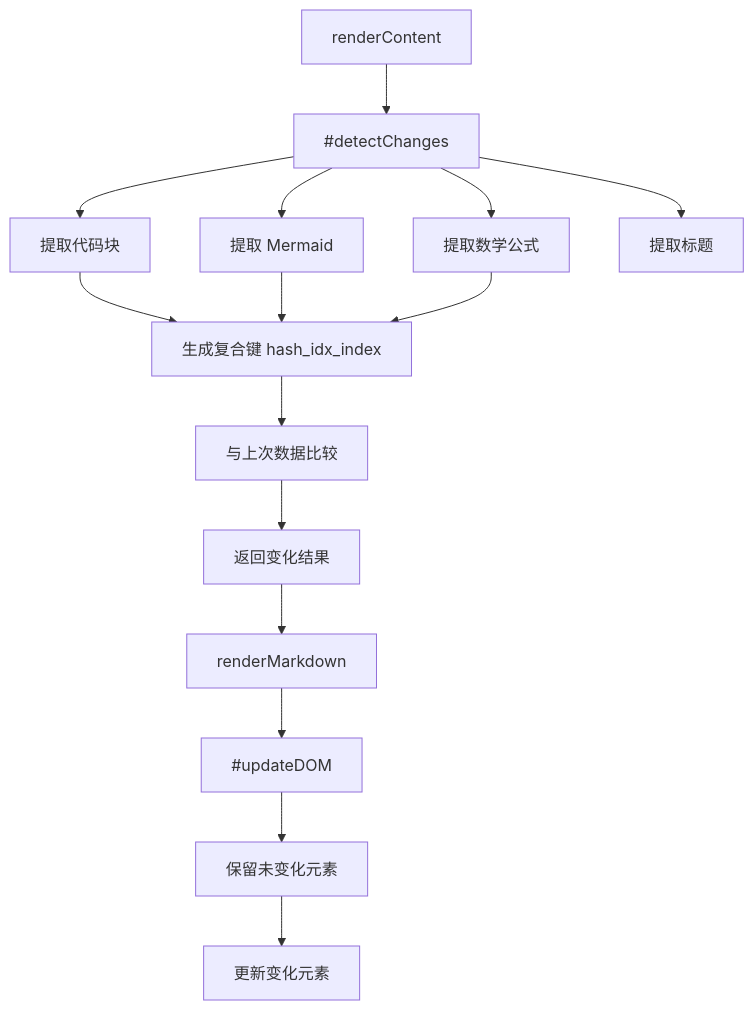
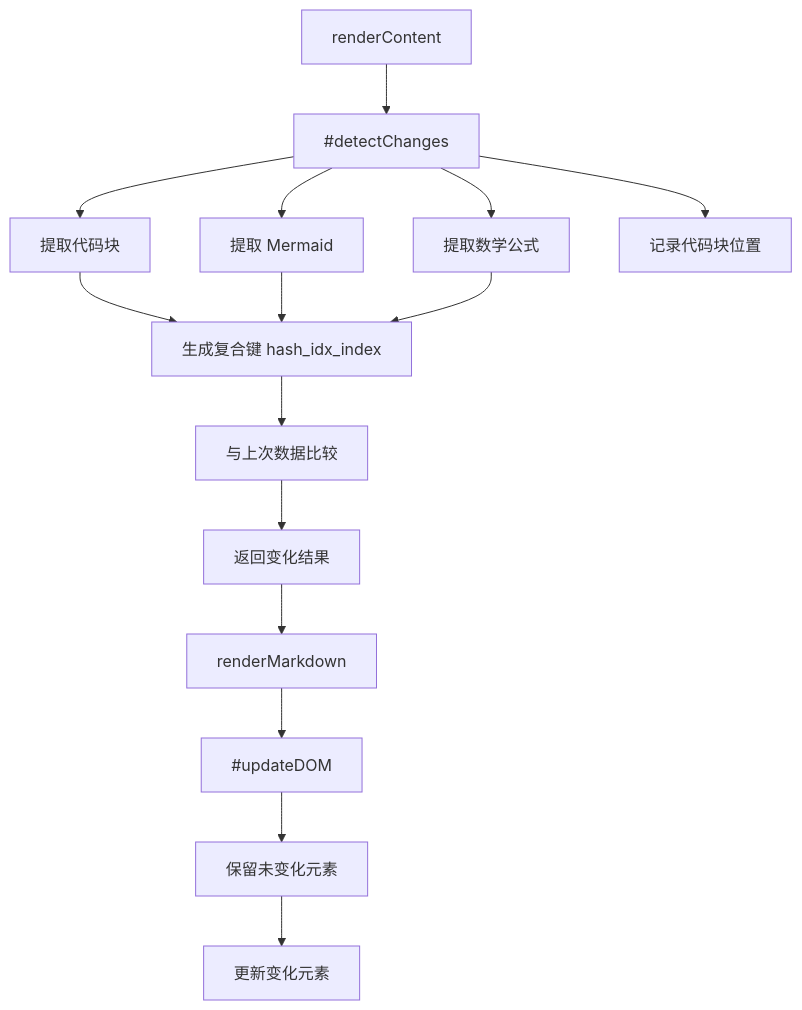
One commit to ZCShou/markdown changed the third of 8 diagrams in docs/preview.md. Above: the diagram before and after it, drawn with Mermaid. The commit also changed other lines of this file and 2 other files, not shown here.

````diff
--- a/docs/preview.md
+++ b/docs/preview.md
@@ -433,20 +487,20 @@
 ```mermaid
 graph TD
     A[renderContent] --> B[#detectChanges]
     B --> C[提取代码块]
     B --> D[提取 Mermaid]
     B --> E[提取数学公式]
-    B --> F[提取标题]
+    B --> F[记录代码块位置]
     
     C --> G[生成复合键 hash_idx_index]
     D --> G
     E --> G
     
     G --> H[与上次数据比较]
     H --> I[返回变化结果]
     
     I --> J[renderMarkdown]
     J --> K[#updateDOM]
     K --> L[保留未变化元素]
     L --> M[更新变化元素]
 ```
````
